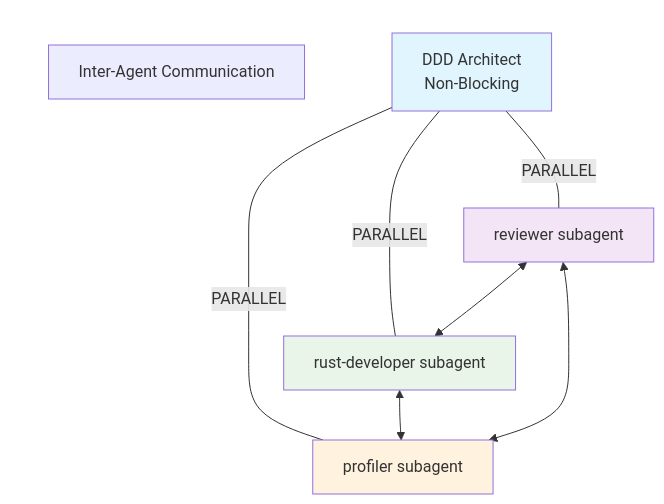
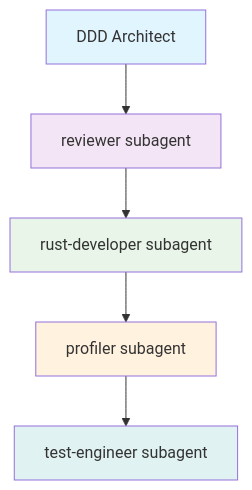
One commit to kulapoo/pomotoro changed the first of 2 diagrams in .claude/agents/systems-architect.md. Above: the diagram before and after it, drawn with Mermaid. The commit also changed other lines of this file, not shown here.

Commit message:
immprve agent

````diff
--- a/.claude/agents/systems-architect.md
+++ b/.claude/agents/systems-architect.md
@@ -35,22 +35,13 @@
 ```mermaid
 flowchart TD
-    A[DDD Architect<br/>Non-Blocking]
-
-    A ---|PARALLEL| B[reviewer subagent]
-    A ---|PARALLEL| C[rust-developer subagent]
-    A ---|PARALLEL| D[profiler subagent]
-
-    B <--> C
-    C <--> D
-    B <--> D
-
-    subgraph communication [" "]
-        E[Inter-Agent Communication]
-    end
+    A[DDD Architect] --> B[reviewer subagent]
+    B --> C[rust-developer subagent]
+    C --> D[profiler subagent]
+    D --> E[test-engineer subagent]
 
     style A fill:#e1f5fe
     style B fill:#f3e5f5
     style C fill:#e8f5e8
     style D fill:#fff3e0
-    style communication fill:none,stroke:none
+    style E fill:#e0f2f1
 ```
````
